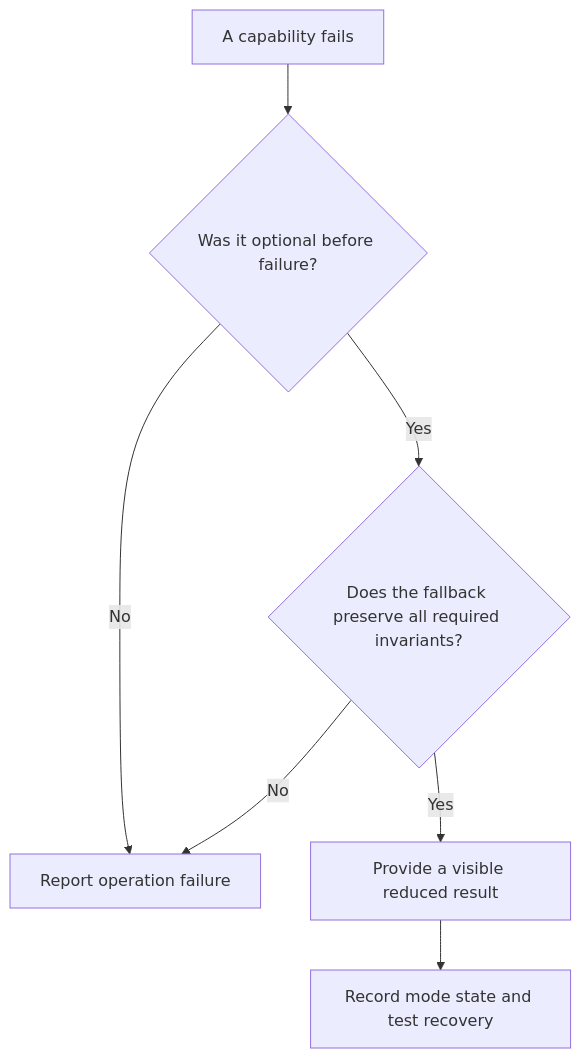
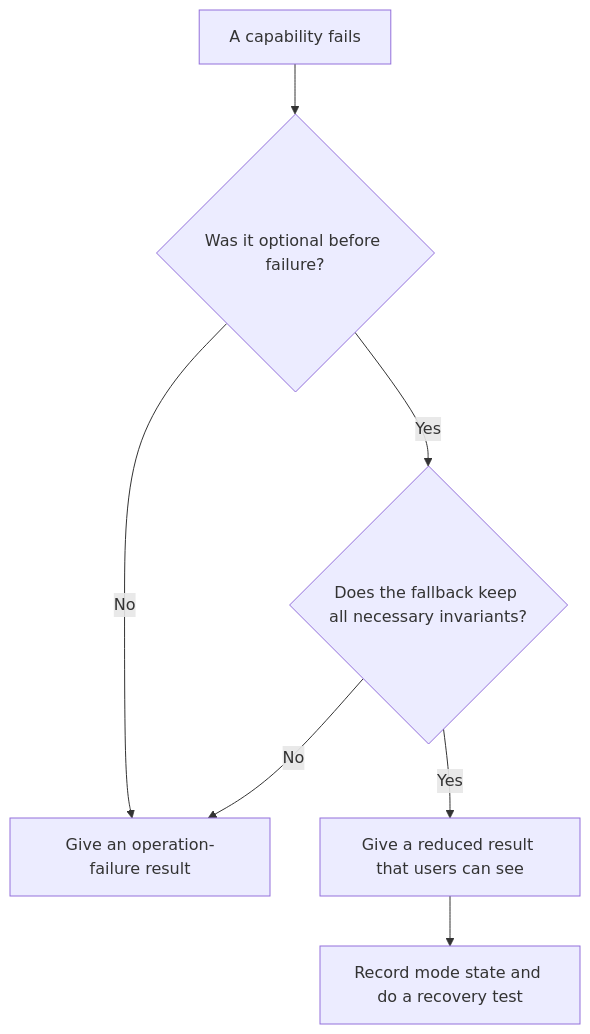
Before and after one commit to HomericIntelligence/Athena: the diagram in docs/principles/details/p036-graceful-degradation.md, drawn with Mermaid. The commit also changed other lines of this file and 91 other files, not shown here.

````diff
--- a/docs/principles/details/p036-graceful-degradation.md
+++ b/docs/principles/details/p036-graceful-degradation.md
@@ -39,9 +41,9 @@
 ```mermaid
 flowchart TD
     A["A capability fails"] --> B{"Was it optional before failure?"}
-    B -- No --> C["Report operation failure"]
-    B -- Yes --> D{"Does the fallback preserve all required invariants?"}
+    B -- No --> C["Give an operation-failure result"]
+    B -- Yes --> D{"Does the fallback keep all necessary invariants?"}
     D -- No --> C
-    D -- Yes --> E["Provide a visible reduced result"]
-    E --> F["Record mode state and test recovery"]
+    D -- Yes --> E["Give a reduced result that users can see"]
+    E --> F["Record mode state and do a recovery test"]
 ```
````
